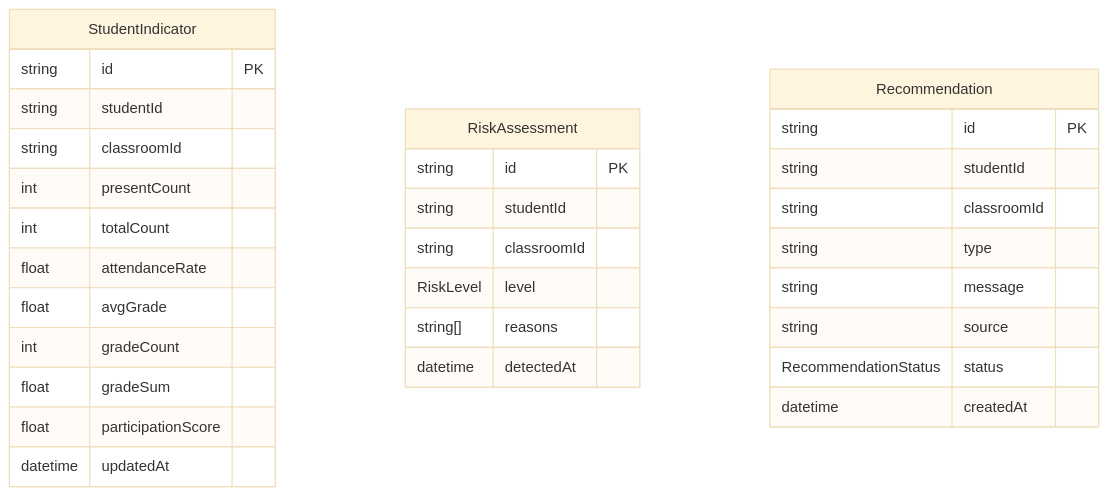
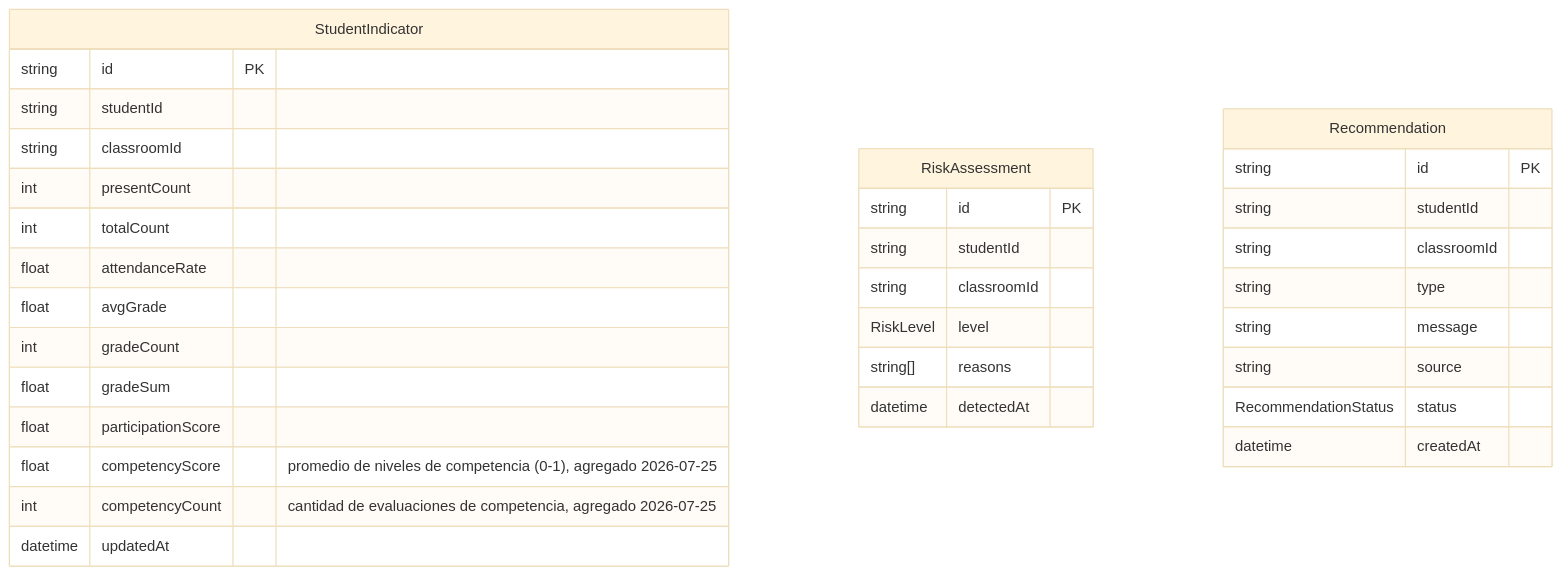
Before and after one commit to V-Yeimi19/Hackaton-MINEDU-Backend: the sixth of 9 diagrams in docs/DATABASE.md, drawn with Mermaid (base theme). The commit also changed other lines of this file and 4 other files, not shown here.

````diff
--- a/docs/DATABASE.md
+++ b/docs/DATABASE.md
@@ -138,34 +139,36 @@
 ```mermaid
 erDiagram
     StudentIndicator {
         string id PK
         string studentId
         string classroomId
         int presentCount
         int totalCount
         float attendanceRate
         float avgGrade
         int gradeCount
         float gradeSum
         float participationScore
+        float competencyScore "promedio de niveles de competencia (0-1), agregado 2026-07-25"
+        int competencyCount "cantidad de evaluaciones de competencia, agregado 2026-07-25"
         datetime updatedAt
     }
     RiskAssessment {
         string id PK
         string studentId
         string classroomId
         RiskLevel level
         string[] reasons
         datetime detectedAt
     }
     Recommendation {
         string id PK
         string studentId
         string classroomId
         string type
         string message
         string source
         RecommendationStatus status
         datetime createdAt
     }
 ```
````
